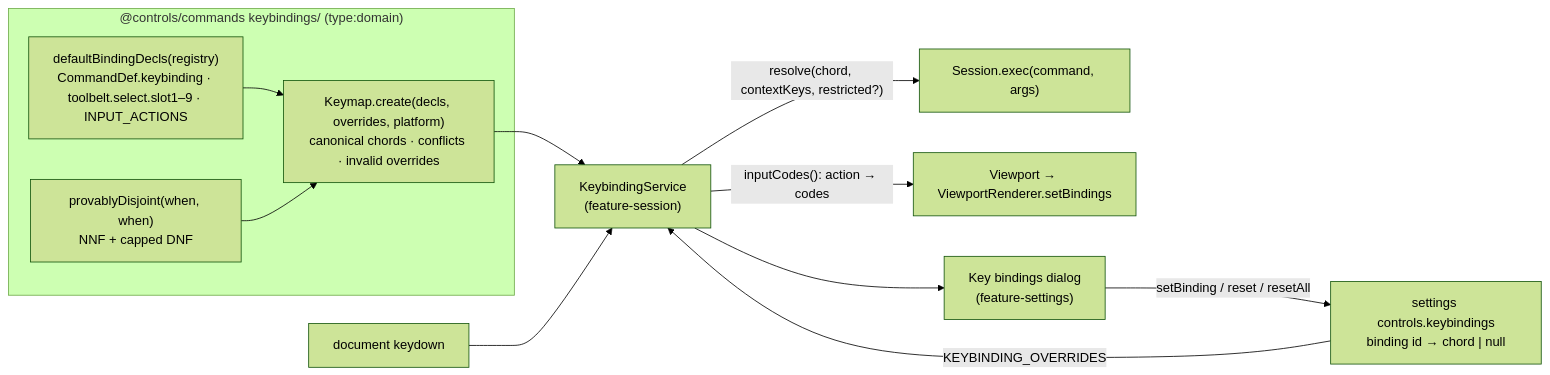
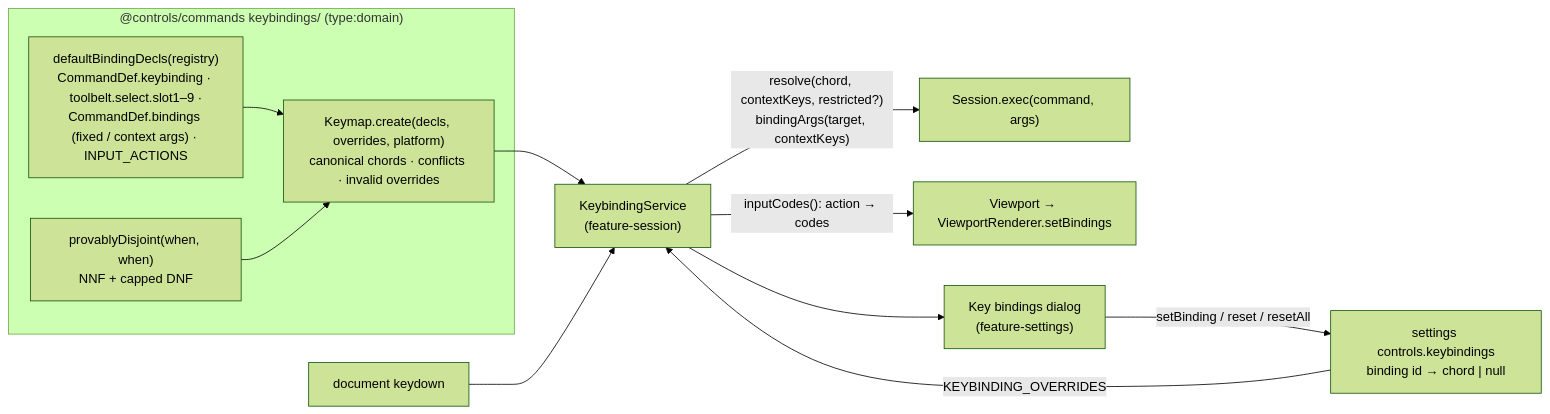
Before and after one commit to joebarbere/controls: the fourth of 4 diagrams in docs/architecture/commands.md, drawn with Mermaid (forest theme). The commit also changed other lines of this file and 72 other files, not shown here.

````diff
--- a/docs/architecture/commands.md
+++ b/docs/architecture/commands.md
@@ -101,17 +106,17 @@
 ```mermaid
 flowchart LR
     subgraph domain["@controls/commands keybindings/ (type:domain)"]
-        DEF["defaultBindingDecls(registry)<br/>CommandDef.keybinding · toolbelt.select.slot1–9 · INPUT_ACTIONS"]
+        DEF["defaultBindingDecls(registry)<br/>CommandDef.keybinding · toolbelt.select.slot1–9 ·<br/>CommandDef.bindings (fixed / context args) · INPUT_ACTIONS"]
         KM["Keymap.create(decls, overrides, platform)<br/>canonical chords · conflicts · invalid overrides"]
         DIS["provablyDisjoint(when, when)<br/>NNF + capped DNF"]
         DEF --> KM
         DIS --> KM
     end
     SET["settings controls.keybindings<br/>binding id → chord | null"] -->|"KEYBINDING_OVERRIDES"| KS
     KM --> KS["KeybindingService<br/>(feature-session)"]
     KEYDOWN["document keydown"] --> KS
-    KS -->|"resolve(chord, contextKeys, restricted?)"| EXEC["Session.exec(command, args)"]
+    KS -->|"resolve(chord, contextKeys, restricted?)<br/>bindingArgs(target, contextKeys)"| EXEC["Session.exec(command, args)"]
     KS -->|"inputCodes(): action → codes"| VP["Viewport → ViewportRenderer.setBindings"]
     KS --> UI["Key bindings dialog<br/>(feature-settings)"]
     UI -->|"setBinding / reset / resetAll"| SET
 ```
````
